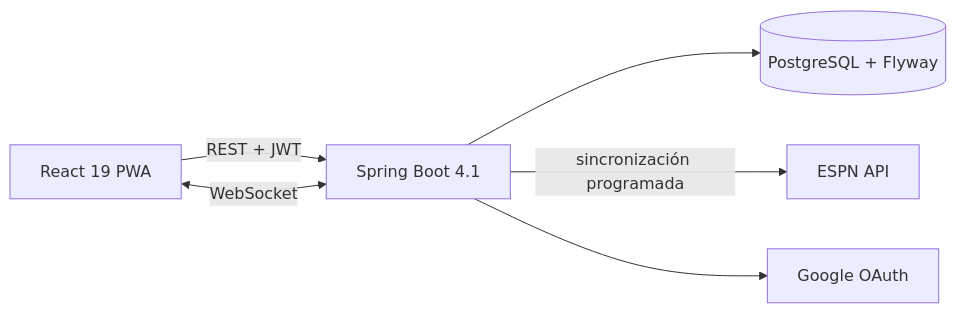
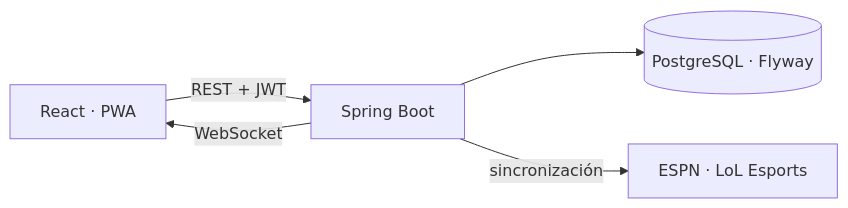
Before and after one commit to RaclosDev/porrApp: the diagram in README.md, drawn with Mermaid. The commit also changed other lines of this file and 13 other files, not shown here.

````diff
--- a/README.md
+++ b/README.md
@@ -63,8 +59,7 @@
 ```mermaid
 flowchart LR
-    PWA[React 19 PWA] -- REST + JWT --> API[Spring Boot 4.1]
-    PWA <-- WebSocket --> API
-    API --> DB[(PostgreSQL + Flyway)]
-    API -- sincronización programada --> ESPN[ESPN API]
-    API --> G[Google OAuth]
+    PWA[React · PWA] -- REST + JWT --> API[Spring Boot]
+    API -- WebSocket --> PWA
+    API --> DB[(PostgreSQL · Flyway)]
+    API -- sincronización --> Sports[ESPN · LoL Esports]
 ```
````
